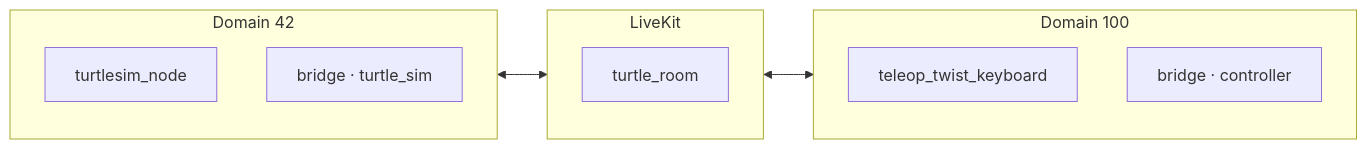
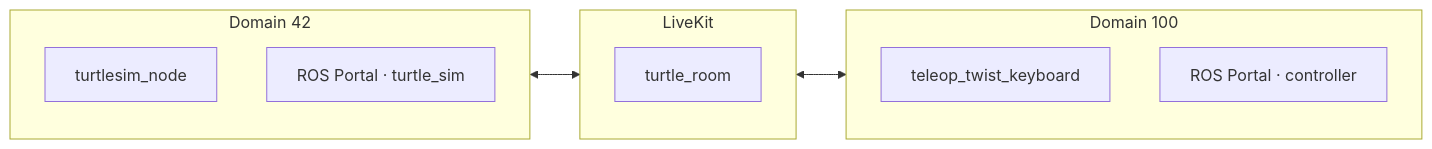
Before and after one commit to livekit/ros-portal: the diagram in docs/tutorials.md, drawn with Mermaid. The commit also changed other lines of this file and 273 other files, not shown here.

Commit message:
ros_portal rename

````diff
--- a/docs/tutorials.md
+++ b/docs/tutorials.md
@@ -19,21 +19,21 @@
 ```mermaid
 flowchart LR
     subgraph D42["Domain 42"]
         direction TB
         TSIM["turtlesim_node"]
-        B1["bridge · turtle_sim"]
+        B1["ROS Portal · turtle_sim"]
     end
 
     subgraph LK["LiveKit"]
         ROOM["turtle_room"]
     end
 
     subgraph D100["Domain 100"]
         direction TB
         TELEOP["teleop_twist_keyboard"]
-        B2["bridge · controller"]
+        B2["ROS Portal · controller"]
     end
 
     D42 <--> LK
     LK <--> D100
 ```
````
